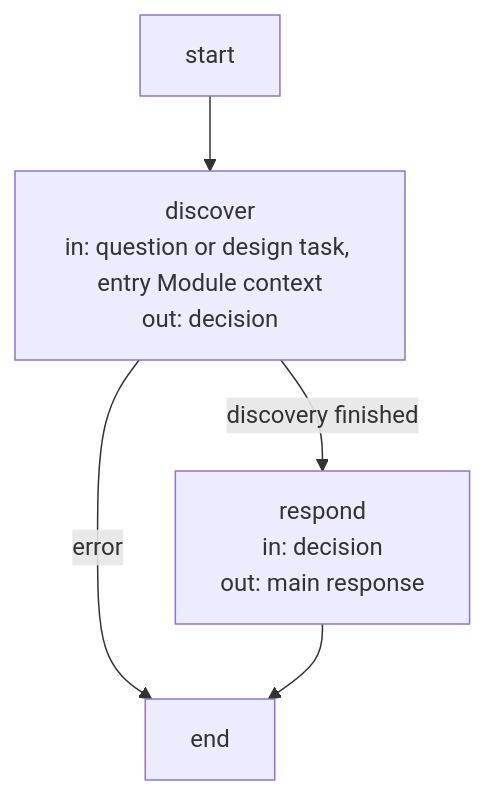
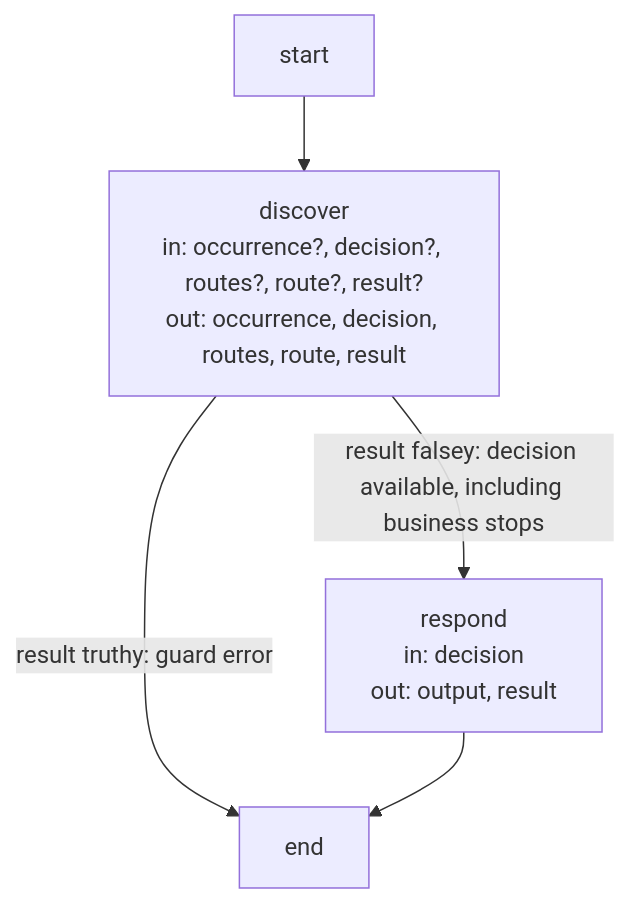
Before and after one commit to FTOD/concorde: the second of 2 diagrams in specs/concorde/query-routing/execution-reference.md, drawn with Mermaid. The commit also changed other lines of this file and 10 other files, not shown here.

Commit message:
docs: clarify LangGraph state and routing in operation diagrams

````diff
--- a/specs/concorde/query-routing/execution-reference.md
+++ b/specs/concorde/query-routing/execution-reference.md
@@ -120,14 +134,14 @@
 ```mermaid
 flowchart TB
     %% graph: query_graph
     accTitle: Query Graph
     accDescr: Discovery runs to completion and its last decision becomes the main response; an error ends the Graph.
     __start__["start"]
-    discover["discover<br/>in: question or design task, entry Module context<br/>out: decision"]
-    respond["respond<br/>in: decision<br/>out: main response"]
+    discover["discover<br/>in: occurrence?, decision?, routes?, route?, result?<br/>out: occurrence, decision, routes, route, result"]
+    respond["respond<br/>in: decision<br/>out: output, result"]
     __end__["end"]
     __start__ --> discover
-    discover -->|discovery finished| respond
-    discover -->|error| __end__
+    discover -->|result falsey: decision available, including business stops| respond
+    discover -->|result truthy: guard error| __end__
     respond --> __end__
 ```
````
